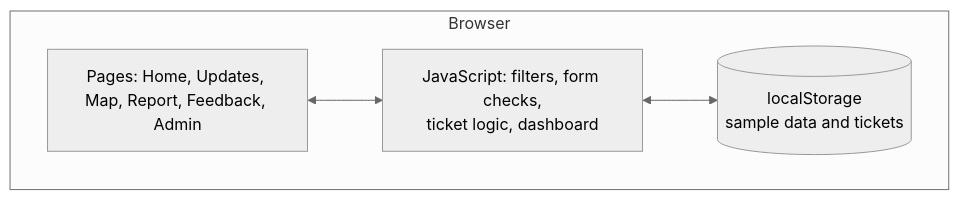
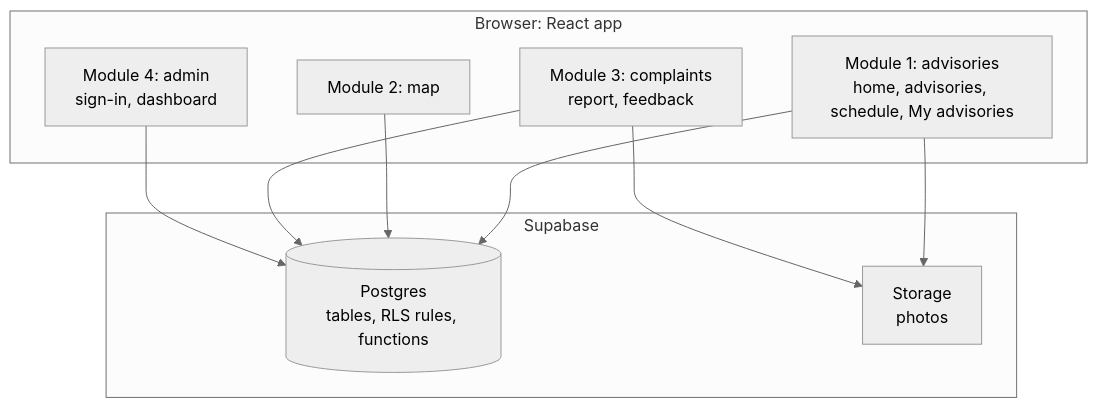
One commit to vonAkym/CMT322-Assignment1-lrt-mutiara-portal changed the fourth of 4 diagrams in README.md. Above: the diagram before and after it, drawn with Mermaid (neutral theme). The commit also changed other lines of this file and 80 other files, not shown here.

First line of the commit message:
Move the site to React and Vite, one folder per module

````diff
--- a/README.md
+++ b/README.md
@@ -101,10 +101,15 @@
 ```mermaid
 flowchart TB
-    subgraph Browser
-      UI["Pages: Home, Updates, Map, Report, Feedback, Admin"]
-      JS["JavaScript: filters, form checks,<br/>ticket logic, dashboard"]
-      LS[("localStorage<br/>sample data and tickets")]
+    subgraph Browser["Browser: React app"]
+      M1["Module 1: advisories<br/>home, advisories, schedule, My advisories"]
+      M2["Module 2: map"]
+      M3["Module 3: complaints<br/>report, feedback"]
+      M4["Module 4: admin<br/>sign-in, dashboard"]
     end
-    UI <--> JS
-    JS <--> LS
+    subgraph Supabase
+      DB[("Postgres<br/>tables, RLS rules, functions")]
+      ST["Storage<br/>photos"]
+    end
+    M1 & M2 & M3 & M4 --> DB
+    M1 & M3 --> ST
 ```
````
